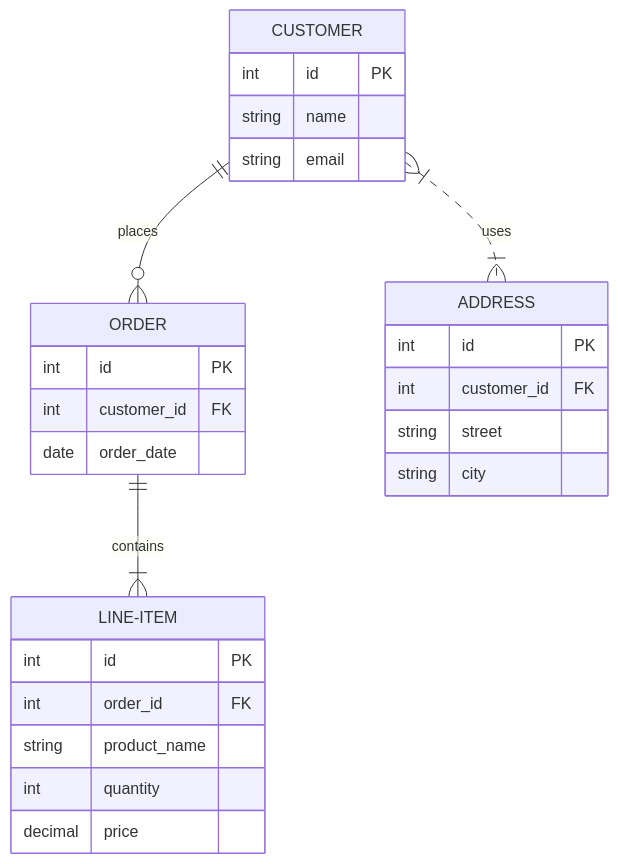
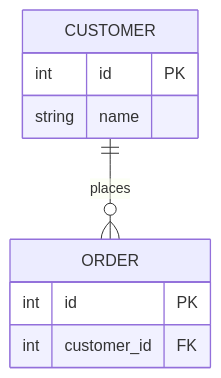
The second of 3 diagrams in GitHub-Copilot-Prompt-for-In-Depth-AL-Project-Analysis.md (FBakkensen/PersonalPrompts), drawn with Mermaid before and after one commit. The commit also changed other lines of this file, not shown here.

````diff
--- a/GitHub-Copilot-Prompt-for-In-Depth-AL-Project-Analysis.md
+++ b/GitHub-Copilot-Prompt-for-In-Depth-AL-Project-Analysis.md
@@ -81,30 +46,12 @@
-        ```mermaid
-        erDiagram
-            CUSTOMER ||--o{ ORDER : places
-            ORDER ||--|{ LINE-ITEM : contains
-            CUSTOMER }|..|{ ADDRESS : uses
-
-            CUSTOMER {
-                int id PK
-                string name
-                string email
-            }
-            ORDER {
-                int id PK
-                int customer_id FK
-                date order_date
-            }
-            LINE-ITEM {
-                int id PK
-                int order_id FK
-                string product_name
-                int quantity
-                decimal price
-            }
-            ADDRESS {
-                int id PK
-                int customer_id FK
-                string street
-                string city
-            }
-        ```
+```mermaid
+erDiagram
+    CUSTOMER ||--o{ ORDER : places
+    CUSTOMER {
+        int id PK
+        string name
+    }
+    ORDER {
+        int id PK
+        int customer_id FK
+    }
+```
````
